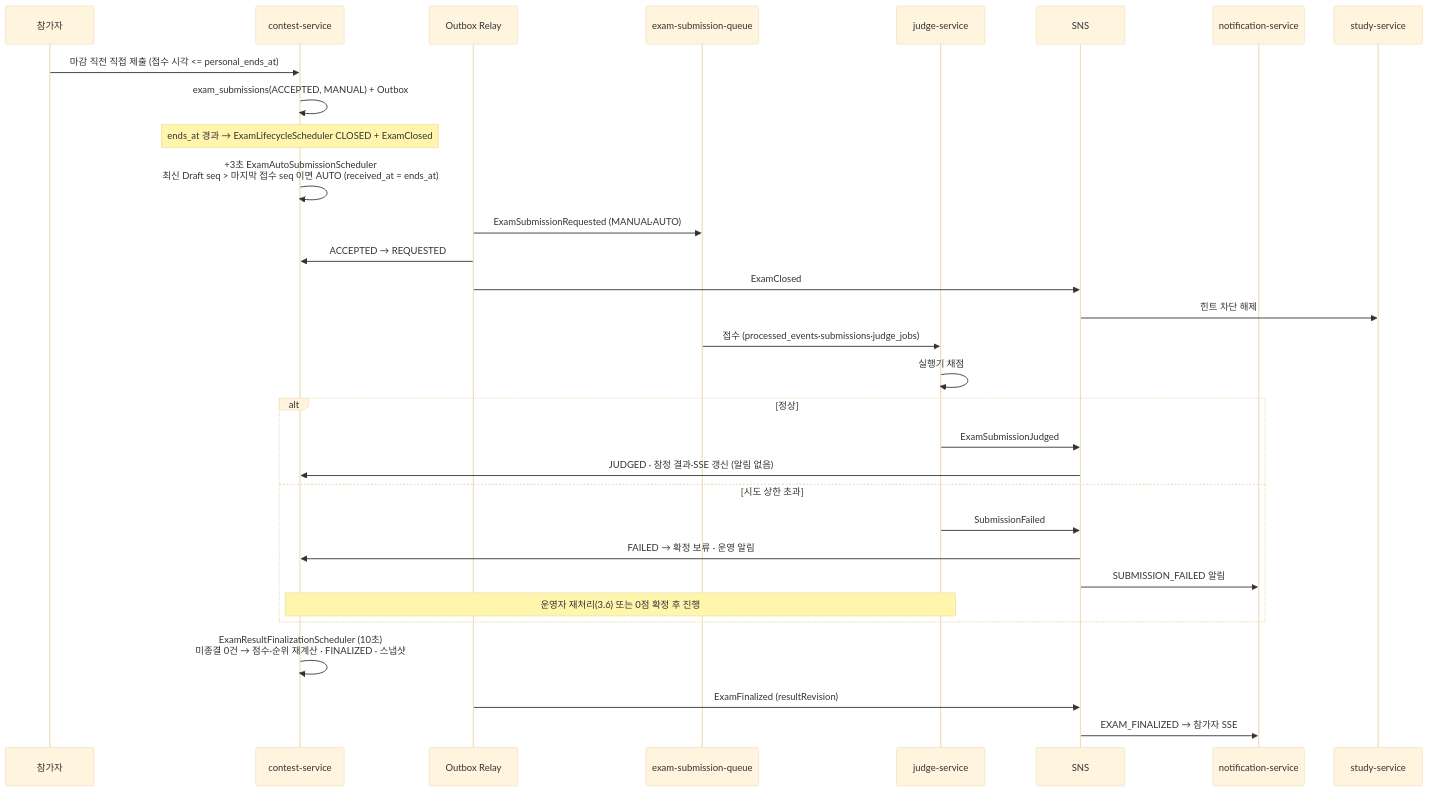
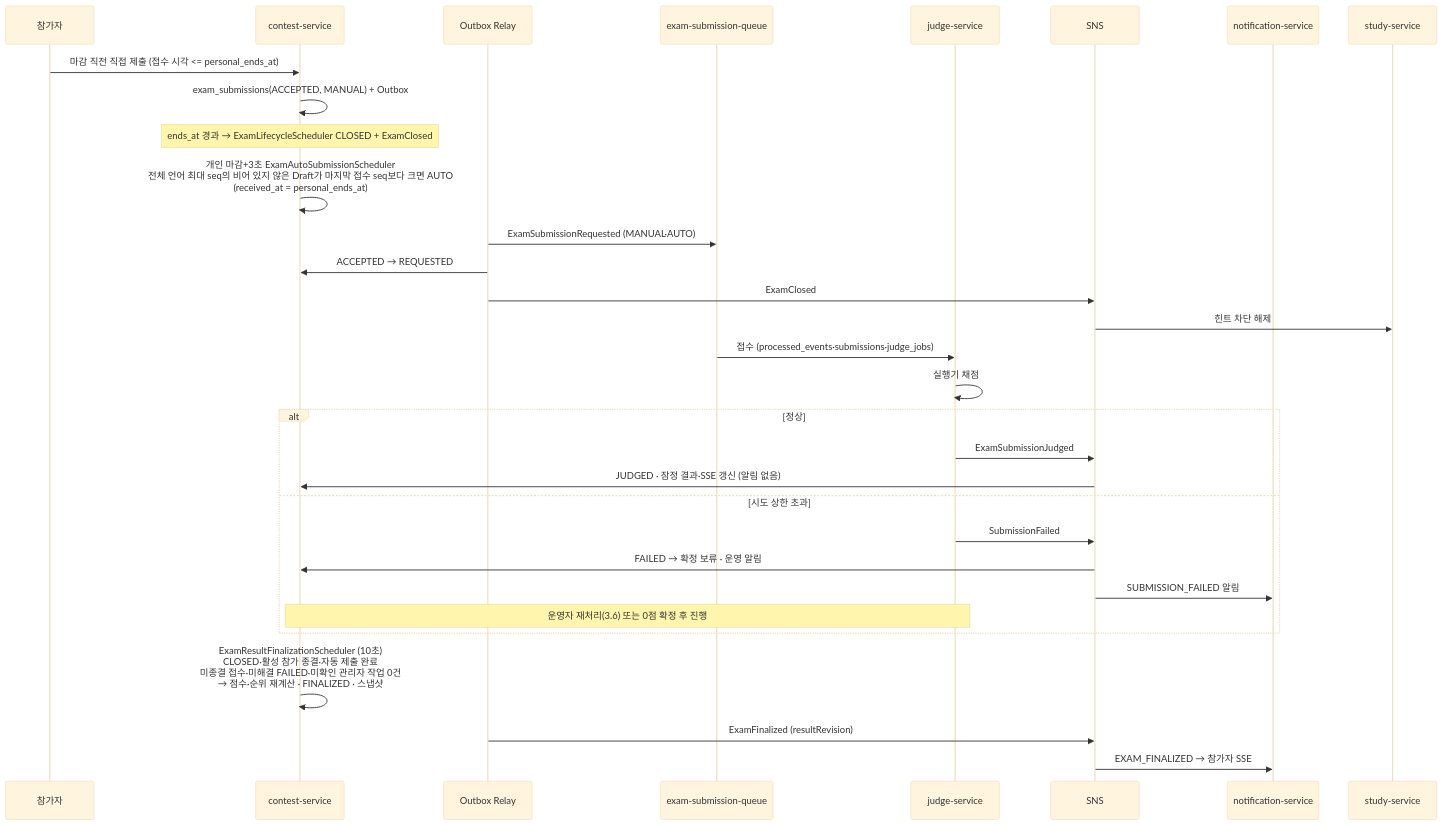
Before and after one commit to Back-To-Back-team-3/re-solve: diagram 55 of 57 in docs/dev/architecture/diagrams.md, drawn with Mermaid (base theme). The commit also changed other lines of this file and 5 other files, not shown here.

````diff
--- a/docs/dev/architecture/diagrams.md
+++ b/docs/dev/architecture/diagrams.md
@@ -1861,33 +1861,33 @@
 ```mermaid
 sequenceDiagram
     participant U as 참가자
     participant C as contest-service
     participant R as Outbox Relay
     participant Q as exam-submission-queue
     participant J as judge-service
     participant SNS as SNS
     participant N as notification-service
     participant S as study-service
     U->>C: 마감 직전 직접 제출 (접수 시각 <= personal_ends_at)
     C->>C: exam_submissions(ACCEPTED, MANUAL) + Outbox
     Note over C: ends_at 경과 → ExamLifecycleScheduler CLOSED + ExamClosed
-    C->>C: +3초 ExamAutoSubmissionScheduler<br/>최신 Draft seq > 마지막 접수 seq 이면 AUTO (received_at = ends_at)
+    C->>C: 개인 마감+3초 ExamAutoSubmissionScheduler<br/>전체 언어 최대 seq의 비어 있지 않은 Draft가 마지막 접수 seq보다 크면 AUTO<br/>(received_at = personal_ends_at)
     R->>Q: ExamSubmissionRequested (MANUAL·AUTO)
     R->>C: ACCEPTED → REQUESTED
     R->>SNS: ExamClosed
     SNS->>S: 힌트 차단 해제
     Q->>J: 접수 (processed_events·submissions·judge_jobs)
     J->>J: 실행기 채점
     alt 정상
         J->>SNS: ExamSubmissionJudged
         SNS->>C: JUDGED · 잠정 결과·SSE 갱신 (알림 없음)
     else 시도 상한 초과
         J->>SNS: SubmissionFailed
         SNS->>C: FAILED → 확정 보류 · 운영 알림
         SNS->>N: SUBMISSION_FAILED 알림
         Note over C,J: 운영자 재처리(3.6) 또는 0점 확정 후 진행
     end
-    C->>C: ExamResultFinalizationScheduler (10초)<br/>미종결 0건 → 점수·순위 재계산 · FINALIZED · 스냅샷
+    C->>C: ExamResultFinalizationScheduler (10초)<br/>CLOSED·활성 참가 종결·자동 제출 완료<br/>미종결 접수·미해결 FAILED·미확인 관리자 작업 0건<br/>→ 점수·순위 재계산 · FINALIZED · 스냅샷
     R->>SNS: ExamFinalized (resultRevision)
     SNS->>N: EXAM_FINALIZED → 참가자 SSE
 ```
````
